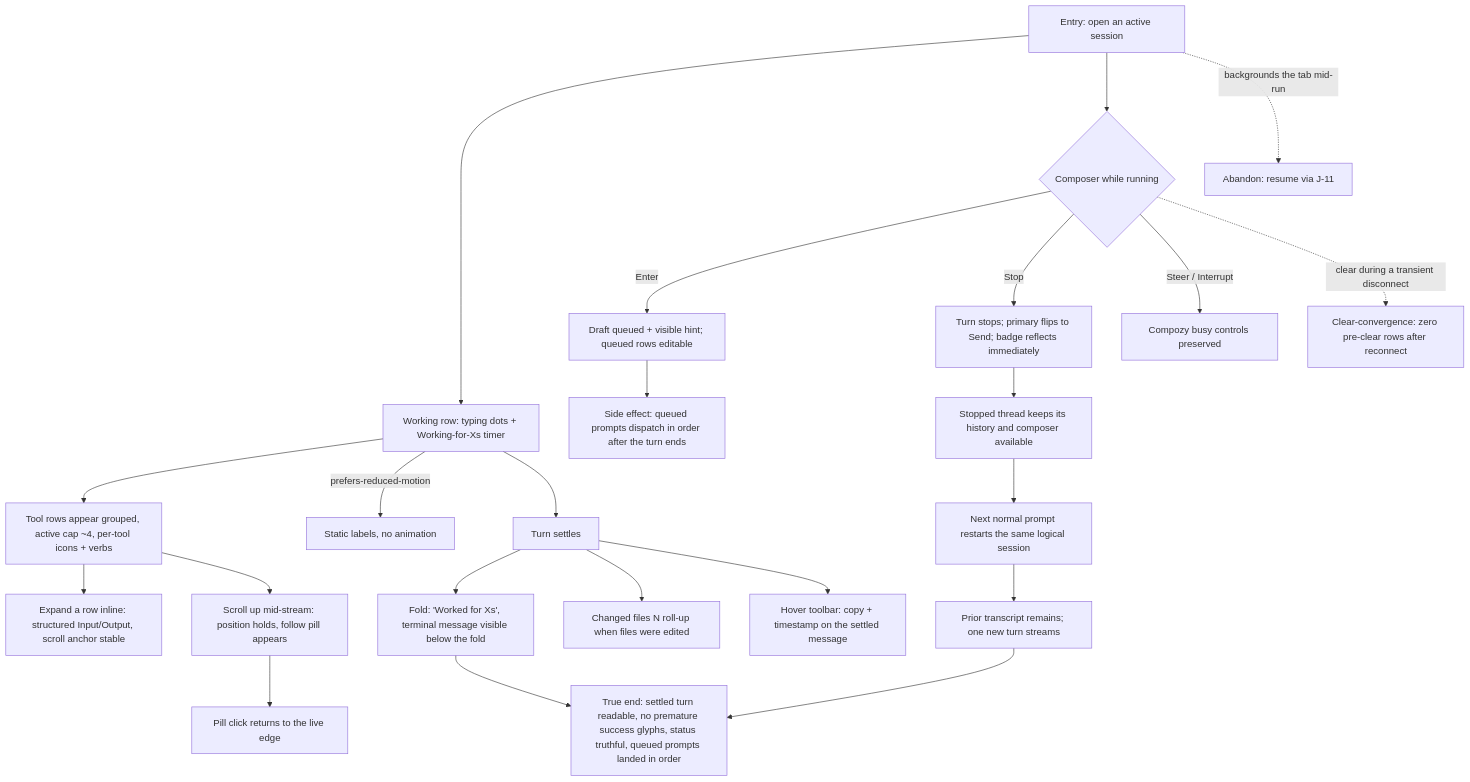
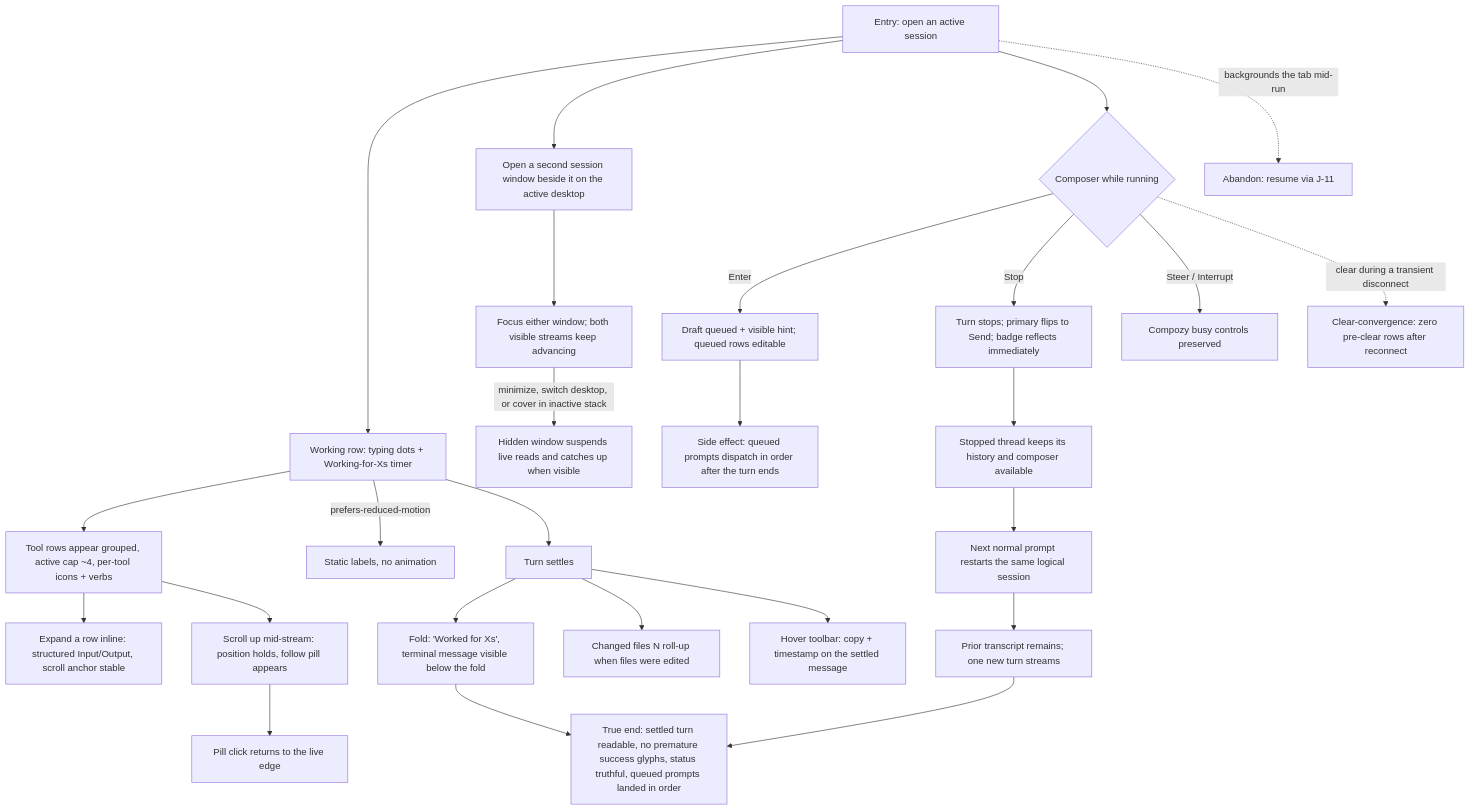
Before and after one commit to compozy/compozy: the diagram in docs/qa/journeys/J-13-follow-a-live-run.md, drawn with Mermaid. The commit also changed other lines of this file and 89 other files, not shown here.

````diff
--- a/docs/qa/journeys/J-13-follow-a-live-run.md
+++ b/docs/qa/journeys/J-13-follow-a-live-run.md
@@ -5,25 +5,28 @@
 ```mermaid
 flowchart TD
     E[Entry: open an active session] --> W[Working row: typing dots + Working-for-Xs timer]
+    E --> VW[Open a second session window beside it on the active desktop]
+    VW --> VF[Focus either window; both visible streams keep advancing]
+    VF -->|minimize, switch desktop, or cover in inactive stack| VD[Hidden window suspends live reads and catches up when visible]
     W --> TR[Tool rows appear grouped, active cap ~4, per-tool icons + verbs]
     TR --> EX[Expand a row inline: structured Input/Output, scroll anchor stable]
     TR --> SCRL[Scroll up mid-stream: position holds, follow pill appears]
     SCRL --> PILL[Pill click returns to the live edge]
     W -->|prefers-reduced-motion| RM[Static labels, no animation]
     E --> C{Composer while running}
     C -->|Enter| Q[Draft queued + visible hint; queued rows editable]
     C -->|Stop| STP[Turn stops; primary flips to Send; badge reflects immediately]
     STP --> READY[Stopped thread keeps its history and composer available]
     READY --> RESTART[Next normal prompt restarts the same logical session]
     RESTART --> SAME[Prior transcript remains; one new turn streams]
     C -->|Steer / Interrupt| SI[Compozy busy controls preserved]
     Q --> DQ[Side effect: queued prompts dispatch in order after the turn ends]
     W --> SET[Turn settles]
     SET --> F[Fold: 'Worked for Xs', terminal message visible below the fold]
     SET --> CF[Changed files N roll-up when files were edited]
     SET --> HT[Hover toolbar: copy + timestamp on the settled message]
     C -.->|clear during a transient disconnect| CLR[Clear-convergence: zero pre-clear rows after reconnect]
     E -.->|backgrounds the tab mid-run| AB[Abandon: resume via J-11]
     F --> TE[True end: settled turn readable, no premature success glyphs, status truthful, queued prompts landed in order]
     SAME --> TE
 ```
````
